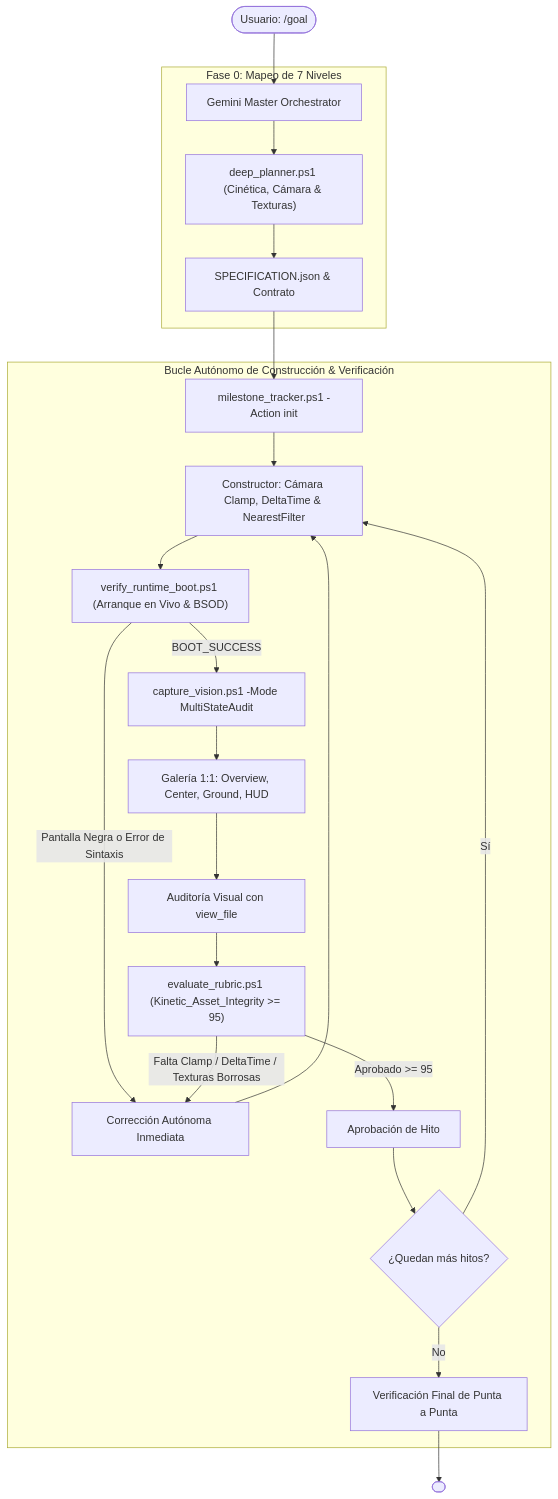
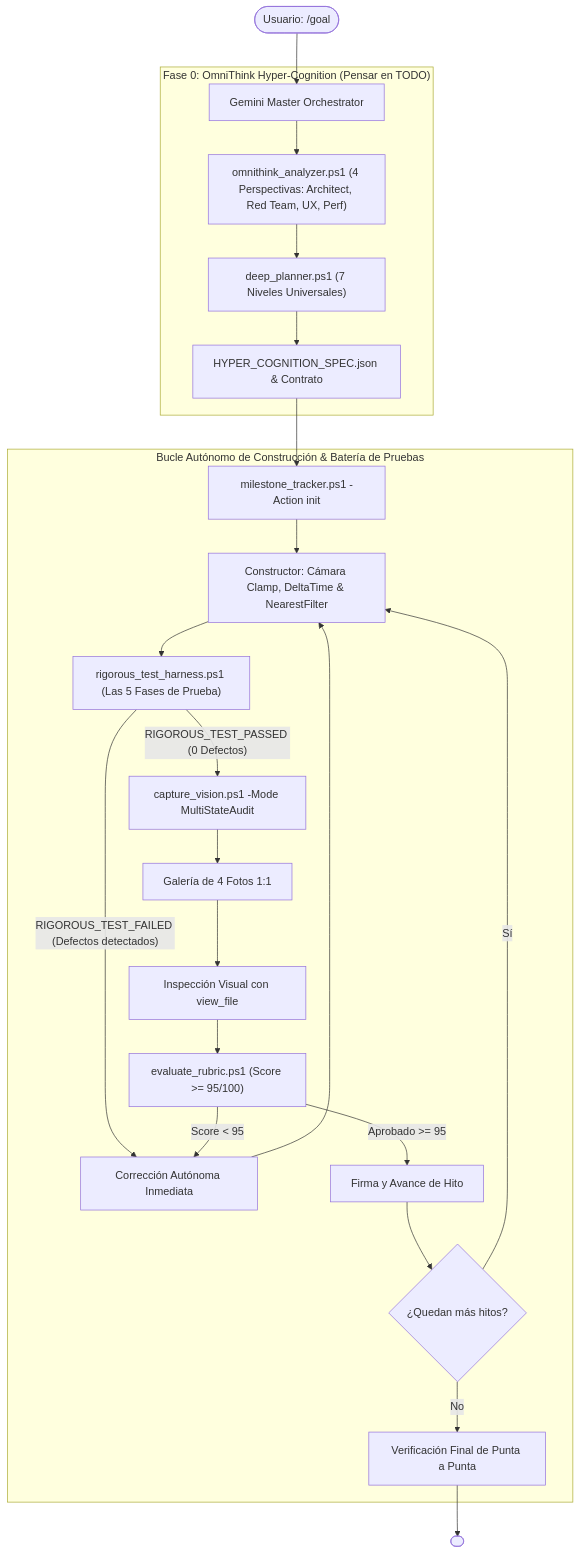
The diagram in SKILL.md (BryanGM12/antigravity-ultra-goal), drawn with Mermaid before and after one commit. The commit also changed other lines of this file and 7 other files, not shown here.

Commit message:
feat(v4.0.0): implement OmniThink System 2 Hyper-Cognition and 5-Phase Rigorous Test Harness

````diff
--- a/SKILL.md
+++ b/SKILL.md
@@ -84,32 +73,33 @@
 ```mermaid
 graph TD
     User([Usuario: /goal <objetivo>]) --> Master[Gemini Master Orchestrator]
     
-    subgraph "Fase 0: Mapeo de 7 Niveles"
-        Master --> UniversalPlanner["deep_planner.ps1 (Cinética, Cámara & Texturas)"]
-        UniversalPlanner --> Spec["SPECIFICATION.json & Contrato"]
+    subgraph "Fase 0: OmniThink Hyper-Cognition (Pensar en TODO)"
+        Master --> OmniThink["omnithink_analyzer.ps1 (4 Perspectivas: Architect, Red Team, UX, Perf)"]
+        OmniThink --> DeepPlan["deep_planner.ps1 (7 Niveles Universales)"]
+        DeepPlan --> Spec["HYPER_COGNITION_SPEC.json & Contrato"]
     end
     
-    subgraph "Bucle Autónomo de Construcción & Verificación"
+    subgraph "Bucle Autónomo de Construcción & Batería de Pruebas"
         Spec --> StateInit[milestone_tracker.ps1 -Action init]
         StateInit --> Builder[Constructor: Cámara Clamp, DeltaTime & NearestFilter]
         
-        Builder --> LiveBoot["verify_runtime_boot.ps1 (Arranque en Vivo & BSOD)"]
-        LiveBoot -- "Pantalla Negra o Error de Sintaxis" --> AutoFix[Corrección Autónoma Inmediata]
+        Builder --> Harness["rigorous_test_harness.ps1 (Las 5 Fases de Prueba)"]
+        Harness -- "RIGOROUS_TEST_FAILED (Defectos detectados)" --> AutoFix[Corrección Autónoma Inmediata]
         AutoFix --> Builder
         
-        LiveBoot -- "BOOT_SUCCESS" --> MultiVision["capture_vision.ps1 -Mode MultiStateAudit"]
-        MultiVision --> PhotoGallery["Galería 1:1: Overview, Center, Ground, HUD"]
-        PhotoGallery --> VisualInspection["Auditoría Visual con view_file"]
+        Harness -- "RIGOROUS_TEST_PASSED (0 Defectos)" --> MultiVision["capture_vision.ps1 -Mode MultiStateAudit"]
+        MultiVision --> PhotoGallery["Galería de 4 Fotos 1:1"]
+        PhotoGallery --> VisualAudit["Inspección Visual con view_file"]
         
-        VisualInspection --> Rubric["evaluate_rubric.ps1 (Kinetic_Asset_Integrity >= 95)"]
-        Rubric -- "Falta Clamp / DeltaTime / Texturas Borrosas" --> AutoFix
-        Rubric -- "Aprobado >= 95" --> Advance[Aprobación de Hito]
+        VisualAudit --> RubricGate["evaluate_rubric.ps1 (Score >= 95/100)"]
+        RubricGate -- "Score < 95" --> AutoFix
+        RubricGate -- "Aprobado >= 95" --> Advance[Firma y Avance de Hito]
         
         Advance --> Next{¿Quedan más hitos?}
         Next -- Sí --> Builder
         Next -- No --> EndToEnd[Verificación Final de Punta a Punta]
     end
     
     EndToEnd --> Complete([<!-- GOAL_COMPLETE -->])
 ```
````
